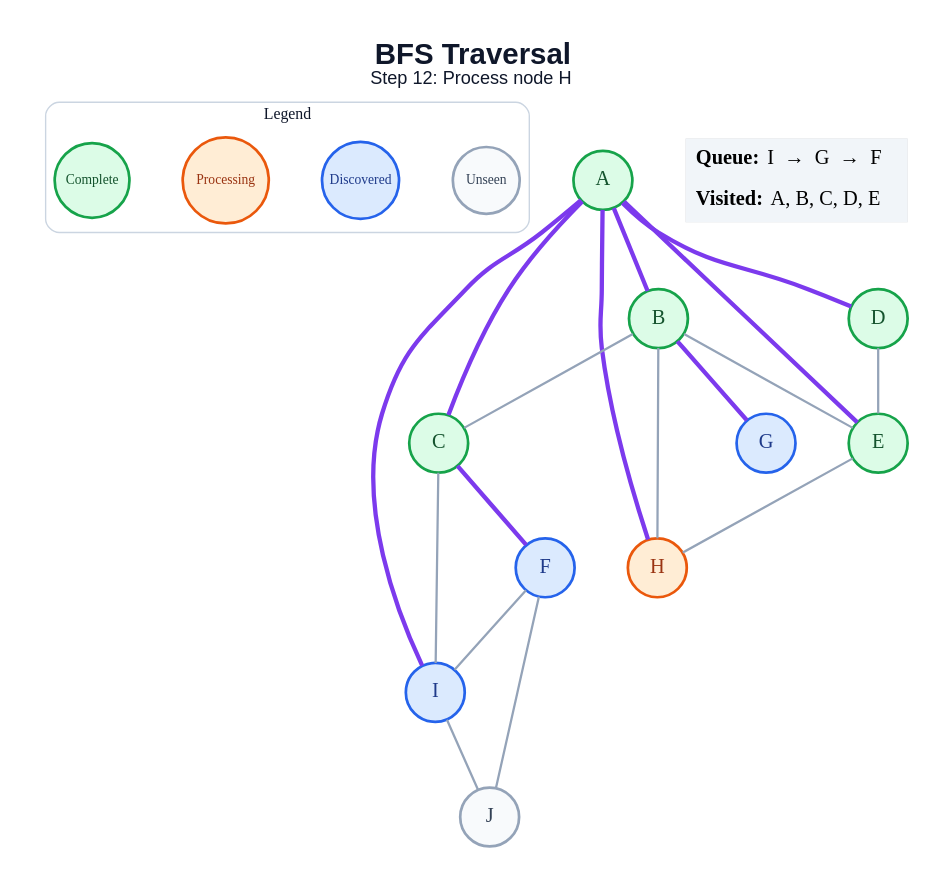
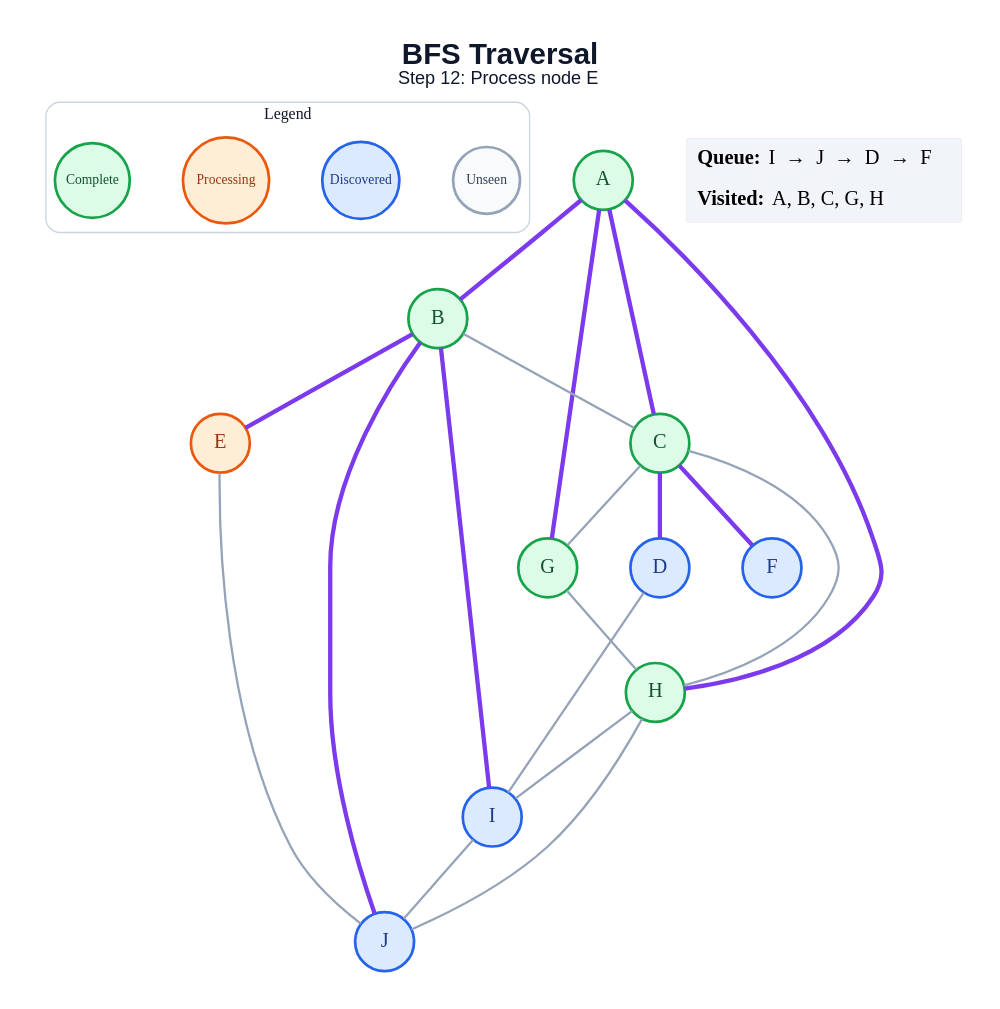
The diagram in generated/bfs/step_12.dot (amanghodawala9/ai-slop), drawn with Graphviz before and after one commit. The commit also changed 178 other files, not shown here.

```diff
--- a/generated/bfs/step_12.dot
+++ b/generated/bfs/step_12.dot
@@ -1,46 +1,47 @@
 graph traversal {
   graph [layout=dot, rankdir=TB, bgcolor="#FFFFFF", pad="0.35", nodesep="0.65", ranksep="0.8", fontname="Arial"];
   node [shape=circle, style="filled", fontname="Arial Bold", fontsize=18, width=0.72, fixedsize=true, penwidth=2.4];
   edge [color="#94A3B8", penwidth=2.0];
-  label=<<B>BFS Traversal</B><BR/><FONT POINT-SIZE="16">Step 12: Process node H</FONT>>; labelloc="t"; fontsize=26; fontname="Arial"; fontcolor="#0F172A";
+  label=<<B>BFS Traversal</B><BR/><FONT POINT-SIZE="16">Step 12: Process node E</FONT>>; labelloc="t"; fontsize=26; fontname="Arial"; fontcolor="#0F172A";
   subgraph cluster_legend { label="Legend"; color="#CBD5E1"; penwidth=1.2; style="rounded"; fontsize=14; fontname="Arial Bold";
     key_unseen [label="Unseen", fillcolor="#F8FAFC", color="#94A3B8", fontcolor="#334155", fontsize=12, width=0.82];
     key_frontier [label="Discovered", fillcolor="#DBEAFE", color="#2563EB", fontcolor="#1E3A8A", fontsize=12, width=0.95];
     key_current [label="Processing", fillcolor="#FFEDD5", color="#EA580C", fontcolor="#9A3412", fontsize=12, width=1.05];
     key_done [label="Complete", fillcolor="#DCFCE7", color="#16A34A", fontcolor="#14532D", fontsize=12, width=0.92];
     { rank=same; key_unseen; key_frontier; key_current; key_done; }
   }
   A [fillcolor="#DCFCE7", color="#16A34A", fontcolor="#14532D"];
   B [fillcolor="#DCFCE7", color="#16A34A", fontcolor="#14532D"];
   C [fillcolor="#DCFCE7", color="#16A34A", fontcolor="#14532D"];
-  D [fillcolor="#DCFCE7", color="#16A34A", fontcolor="#14532D"];
-  E [fillcolor="#DCFCE7", color="#16A34A", fontcolor="#14532D"];
+  D [fillcolor="#DBEAFE", color="#2563EB", fontcolor="#1E3A8A"];
+  E [fillcolor="#FFEDD5", color="#EA580C", fontcolor="#9A3412"];
   F [fillcolor="#DBEAFE", color="#2563EB", fontcolor="#1E3A8A"];
-  G [fillcolor="#DBEAFE", color="#2563EB", fontcolor="#1E3A8A"];
-  H [fillcolor="#FFEDD5", color="#EA580C", fontcolor="#9A3412"];
+  G [fillcolor="#DCFCE7", color="#16A34A", fontcolor="#14532D"];
+  H [fillcolor="#DCFCE7", color="#16A34A", fontcolor="#14532D"];
   I [fillcolor="#DBEAFE", color="#2563EB", fontcolor="#1E3A8A"];
-  J [fillcolor="#F8FAFC", color="#94A3B8", fontcolor="#334155"];
+  J [fillcolor="#DBEAFE", color="#2563EB", fontcolor="#1E3A8A"];
   A -- B [color="#7C3AED", penwidth=3.8];
   A -- C [color="#7C3AED", penwidth=3.8];
-  A -- D [color="#7C3AED", penwidth=3.8];
-  A -- E [color="#7C3AED", penwidth=3.8];
+  A -- G [color="#7C3AED", penwidth=3.8];
   A -- H [color="#7C3AED", penwidth=3.8];
-  A -- I [color="#7C3AED", penwidth=3.8];
   B -- C;
-  B -- E;
-  B -- G [color="#7C3AED", penwidth=3.8];
-  B -- H;
+  B -- E [color="#7C3AED", penwidth=3.8];
+  B -- I [color="#7C3AED", penwidth=3.8];
+  B -- J [color="#7C3AED", penwidth=3.8];
+  C -- D [color="#7C3AED", penwidth=3.8];
   C -- F [color="#7C3AED", penwidth=3.8];
-  C -- I;
-  D -- E;
-  E -- H;
-  F -- I;
-  F -- J;
+  C -- G;
+  C -- H;
+  D -- I;
+  E -- J;
+  G -- H;
+  H -- I;
+  H -- J;
   I -- J;
   status [shape=plain, fixedsize=false, width=0, height=0, margin=0, label=<
     <TABLE BORDER="0" CELLBORDER="0" CELLPADDING="7" BGCOLOR="#F1F5F9">
-      <TR><TD ALIGN="LEFT"><B>Queue:</B> I  →  G  →  F</TD></TR>
-      <TR><TD ALIGN="LEFT"><B>Visited:</B> A, B, C, D, E</TD></TR>
+      <TR><TD ALIGN="LEFT"><B>Queue:</B> I  →  J  →  D  →  F</TD></TR>
+      <TR><TD ALIGN="LEFT"><B>Visited:</B> A, B, C, G, H</TD></TR>
     </TABLE>
   >];
 }
```
